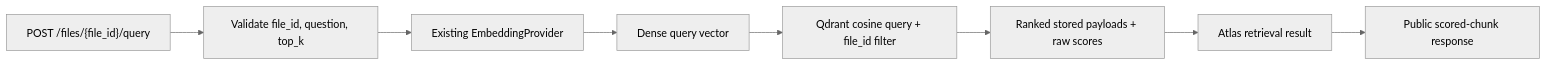
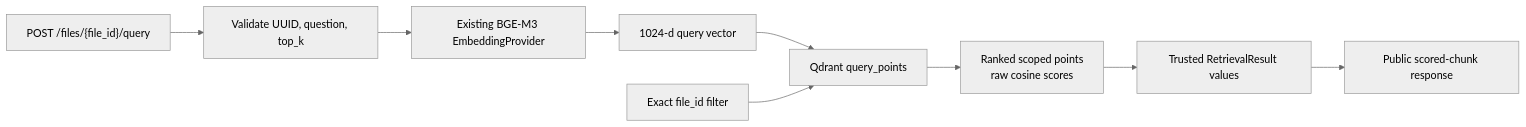
The first of 4 diagrams in prompts/PHASE_01/PLAN_03/PHASE_01_PLAN_03.md (RyxnDmello/atlas), drawn with Mermaid (neutral theme) before and after one commit. The commit also changed other lines of this file and 13 other files, not shown here.

````diff
--- a/prompts/PHASE_01/PLAN_03/PHASE_01_PLAN_03.md
+++ b/prompts/PHASE_01/PLAN_03/PHASE_01_PLAN_03.md
@@ -34,10 +78,11 @@
 ```mermaid
 flowchart LR
-    Request["POST /files/{file_id}/query"] --> Validate["Validate file_id, question, top_k"]
-    Validate --> Embed["Existing EmbeddingProvider"]
-    Embed --> Vector["Dense query vector"]
-    Vector --> Search["Qdrant cosine query + file_id filter"]
-    Search --> Results["Ranked stored payloads + raw scores"]
-    Results --> Internal["Atlas retrieval result"]
-    Internal --> Response["Public scored-chunk response"]
+    Request["POST /files/{file_id}/query"] --> Validate["Validate UUID, question, top_k"]
+    Validate --> Embed["Existing BGE-M3 EmbeddingProvider"]
+    Embed --> Vector["1024-d query vector"]
+    Vector --> Search["Qdrant query_points"]
+    Scope["Exact file_id filter"] --> Search
+    Search --> Ranked["Ranked scoped points<br/>raw cosine scores"]
+    Ranked --> Internal["Trusted RetrievalResult values"]
+    Internal --> Public["Public scored-chunk response"]
 ```
````
